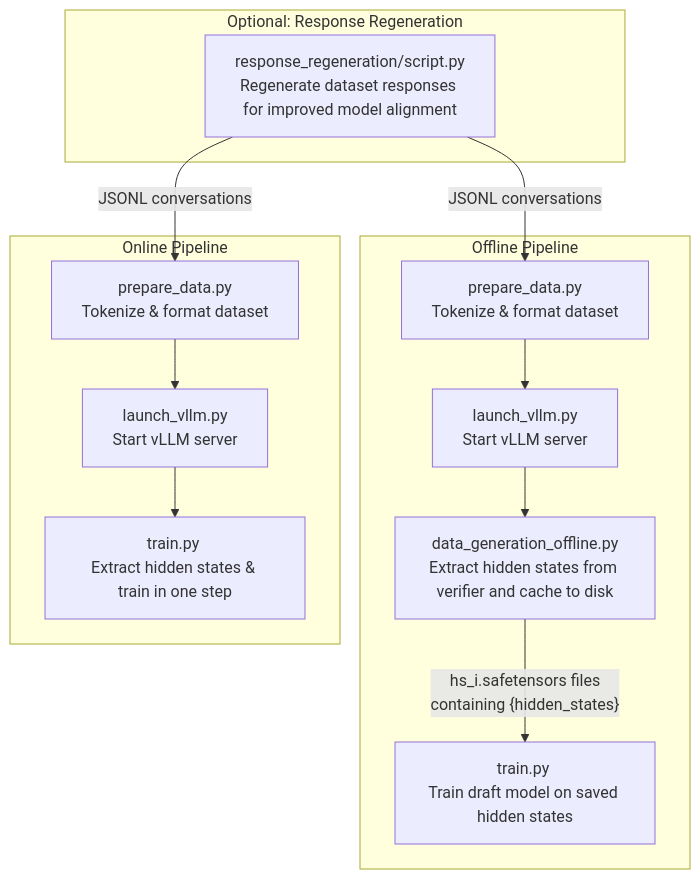
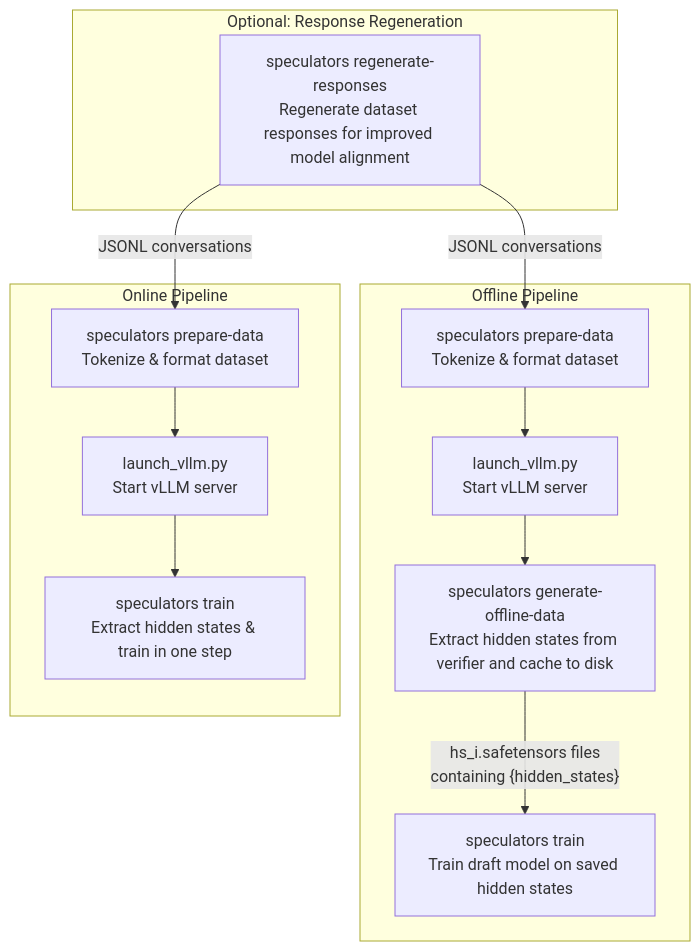
Before and after one commit to vllm-project/speculators: the diagram in docs/cli/index.md, drawn with Mermaid. The commit also changed other lines of this file and 32 other files, not shown here.

````diff
--- a/docs/cli/index.md
+++ b/docs/cli/index.md
@@ -21,33 +23,33 @@
 ```mermaid
 flowchart TD
     subgraph optional ["Optional: Response Regeneration"]
-        A["response_regeneration/script.py\nRegenerate dataset responses for improved model alignment"]
+        A["speculators regenerate-responses\nRegenerate dataset responses for improved model alignment"]
     end
 
     subgraph offline ["Offline Pipeline"]
-        B["prepare_data.py\nTokenize & format dataset"]
+        B["speculators prepare-data\nTokenize & format dataset"]
         C["launch_vllm.py\nStart vLLM server"]
-        D["data_generation_offline.py\nExtract hidden states from verifier and cache to disk"]
-        E["train.py \nTrain draft model on saved hidden states"]
+        D["speculators generate-offline-data\nExtract hidden states from verifier and cache to disk"]
+        E["speculators train\nTrain draft model on saved hidden states"]
     end
 
     subgraph online ["Online Pipeline"]
-        F["prepare_data.py\nTokenize & format dataset"]
+        F["speculators prepare-data\nTokenize & format dataset"]
         G["launch_vllm.py\nStart vLLM server"]
-        H["train.py \nExtract hidden states & train in one step"]
+        H["speculators train\nExtract hidden states & train in one step"]
     end
 
     A -- "JSONL conversations" --> B
     A -- "JSONL conversations" --> F
     B --> C --> D -- "hs_i.safetensors files\ncontaining {hidden_states}" --> E
     F --> G --> H
 
     click B "prepare_data/" _self
     click F "prepare_data/" _self
     click C "launch_vllm/" _self
     click G "launch_vllm/" _self
     click D "data_generation_offline/" _self
     click E "train/" _self
     click A "response_regeneration/" _self
     click H "train/" _self
 ```
````
